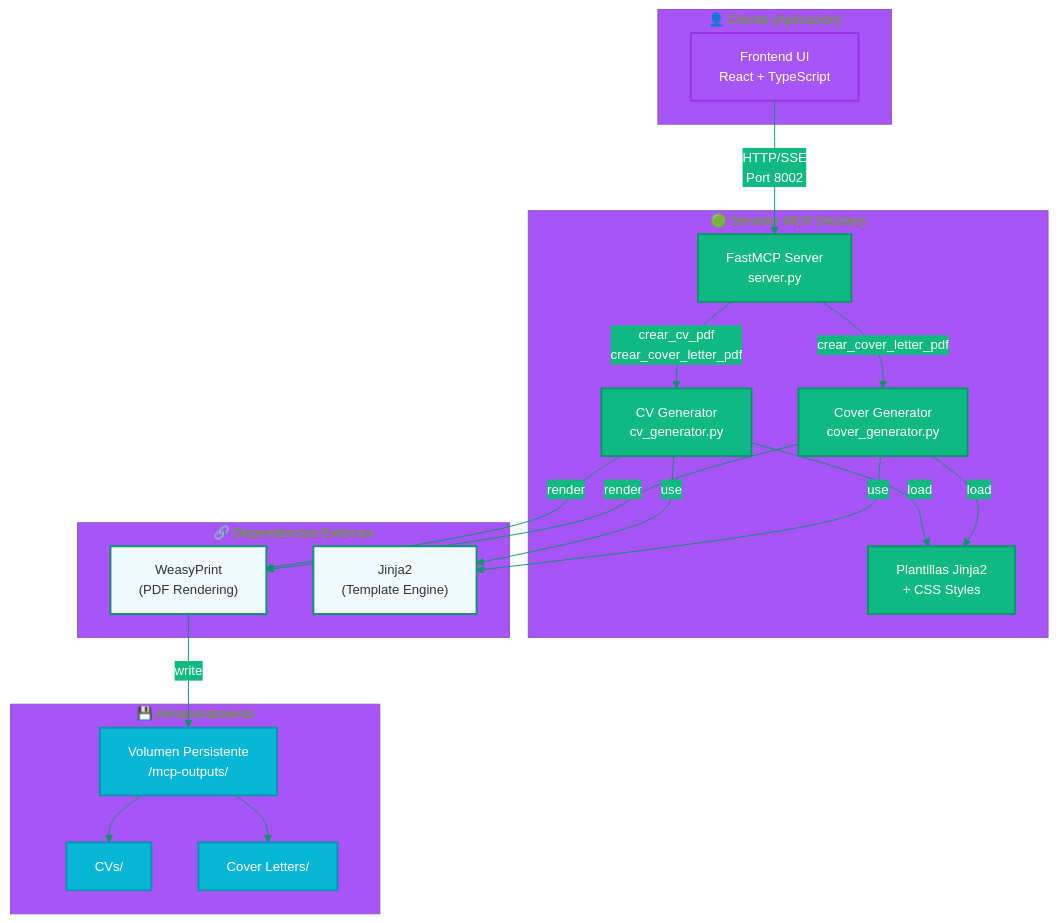
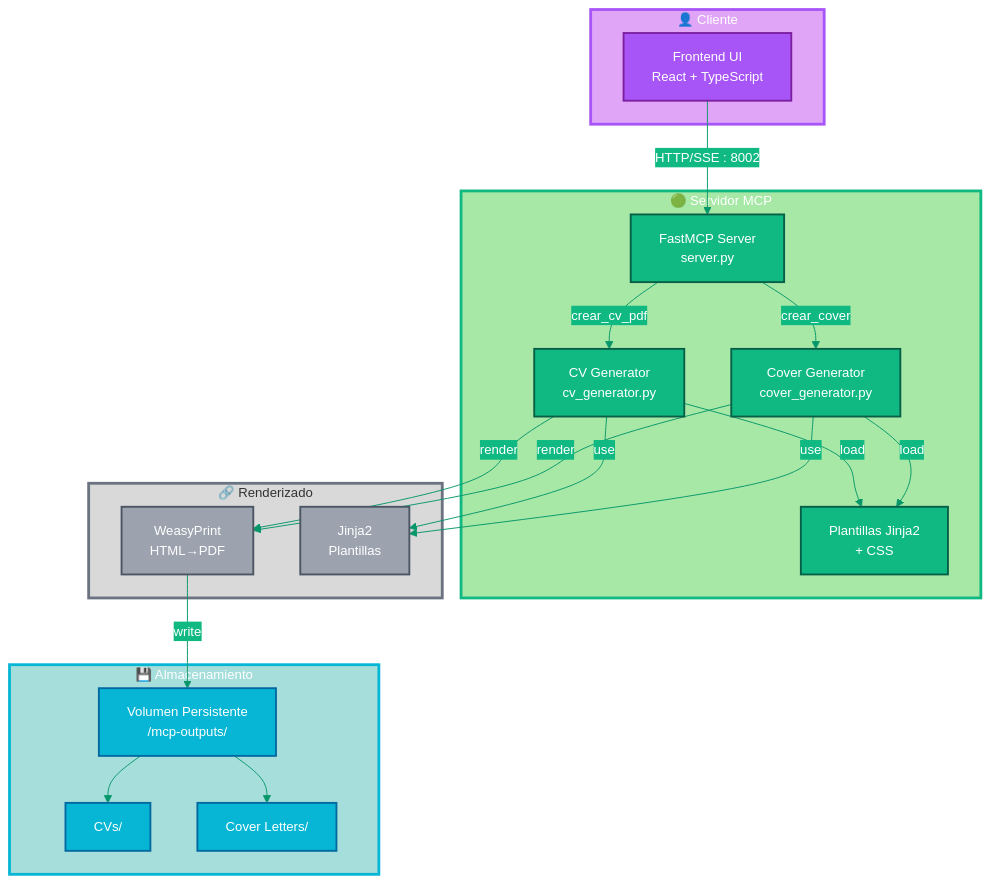
Before and after one commit to cjhirashi/cjhirashi-career: the first of 3 diagrams in docs/ARCHITECTURE.md, drawn with Mermaid. The commit also changed 2 other files, not shown here.

````diff
--- a/docs/ARCHITECTURE.md
+++ b/docs/ARCHITECTURE.md
@@ -7,61 +7,71 @@
 ```mermaid
 %%{init: {
   'theme': 'base',
   'themeVariables': {
-    'primaryColor': '#06B6D4',
+    'primaryColor': '#A855F7',
     'primaryTextColor': '#ffffff',
-    'primaryBorderColor': '#0891B2',
+    'primaryBorderColor': '#9333EA',
     'secondaryColor': '#10B981',
-    'tertiaryColor': '#A855F7',
+    'secondaryBorderColor': '#059669',
+    'tertiaryColor': '#06B6D4',
+    'tertiaryBorderColor': '#0891B2',
     'lineColor': '#059669',
     'fontSize': '14px',
     'fontFamily': 'Inter, sans-serif'
   }
 }}%%
 
 graph TB
-  subgraph client["👤 Cliente (Aplicación)"]
+  subgraph client["👤 Cliente"]
     UI["Frontend UI<br/>React + TypeScript"]
   end
 
-  subgraph server["🟢 Servidor MCP (Núcleo)"]
+  subgraph server["🟢 Servidor MCP"]
     FASTMCP["FastMCP Server<br/>server.py"]
     CV_GEN["CV Generator<br/>cv_generator.py"]
     COVER_GEN["Cover Generator<br/>cover_generator.py"]
-    TEMPLATES["Plantillas Jinja2<br/>+ CSS Styles"]
+    TEMPLATES["Plantillas Jinja2<br/>+ CSS"]
   end
 
   subgraph storage["💾 Almacenamiento"]
     PDF_OUTPUT["Volumen Persistente<br/>/mcp-outputs/"]
     CV_DIR["CVs/"]
     COVER_DIR["Cover Letters/"]
   end
 
-  subgraph external["🔗 Dependencias Externas"]
-    WEASYPRINT["WeasyPrint<br/>(PDF Rendering)"]
-    JINJA["Jinja2<br/>(Template Engine)"]
+  subgraph external["🔗 Renderizado"]
+    WEASYPRINT["WeasyPrint<br/>HTML→PDF"]
+    JINJA["Jinja2<br/>Plantillas"]
   end
 
-  UI -->|"HTTP/SSE<br/>Port 8002"| FASTMCP
-  FASTMCP -->|"crear_cv_pdf<br/>crear_cover_letter_pdf"| CV_GEN
-  FASTMCP -->|"crear_cover_letter_pdf"| COVER_GEN
+  UI -->|"HTTP/SSE : 8002"| FASTMCP
+  FASTMCP -->|"crear_cv_pdf"| CV_GEN
+  FASTMCP -->|"crear_cover"| COVER_GEN
   CV_GEN -->|"load"| TEMPLATES
   COVER_GEN -->|"load"| TEMPLATES
   CV_GEN -->|"render"| WEASYPRINT
   COVER_GEN -->|"render"| WEASYPRINT
   WEASYPRINT -->|"write"| PDF_OUTPUT
   PDF_OUTPUT --> CV_DIR
   PDF_OUTPUT --> COVER_DIR
   CV_GEN -->|"use"| JINJA
   COVER_GEN -->|"use"| JINJA
 
-  classDef clientNode fill:#A855F7,stroke:#9333EA,stroke-width:2px,color:#fff
-  classDef serverNode fill:#10B981,stroke:#059669,stroke-width:2px,color:#fff
-  classDef storageNode fill:#06B6D4,stroke:#0891B2,stroke-width:2px,color:#fff
-  classDef externalNode fill:#f0f9fc,stroke:#059669,stroke-width:2px,color:#333
+  classDef clientBg fill:#E0A5F7,stroke:#A855F7,stroke-width:3px,color:#fff
+  classDef clientNode fill:#A855F7,stroke:#7C1FA1,stroke-width:2px,color:#fff
+  classDef serverBg fill:#A7E8A7,stroke:#10B981,stroke-width:3px,color:#fff
+  classDef serverNode fill:#10B981,stroke:#065F46,stroke-width:2px,color:#fff
+  classDef storageBg fill:#A5DEDA,stroke:#06B6D4,stroke-width:3px,color:#fff
+  classDef storageNode fill:#06B6D4,stroke:#0369A1,stroke-width:2px,color:#fff
+  classDef externalBg fill:#D9D9D9,stroke:#6B7280,stroke-width:3px,color:#333
+  classDef externalNode fill:#9CA3AF,stroke:#4B5563,stroke-width:2px,color:#fff
 
+  class client clientBg
   class UI clientNode
+  class server serverBg
   class FASTMCP,CV_GEN,COVER_GEN,TEMPLATES serverNode
+  class storage storageBg
   class PDF_OUTPUT,CV_DIR,COVER_DIR storageNode
+  class external externalBg
   class WEASYPRINT,JINJA externalNode
 ```
````
